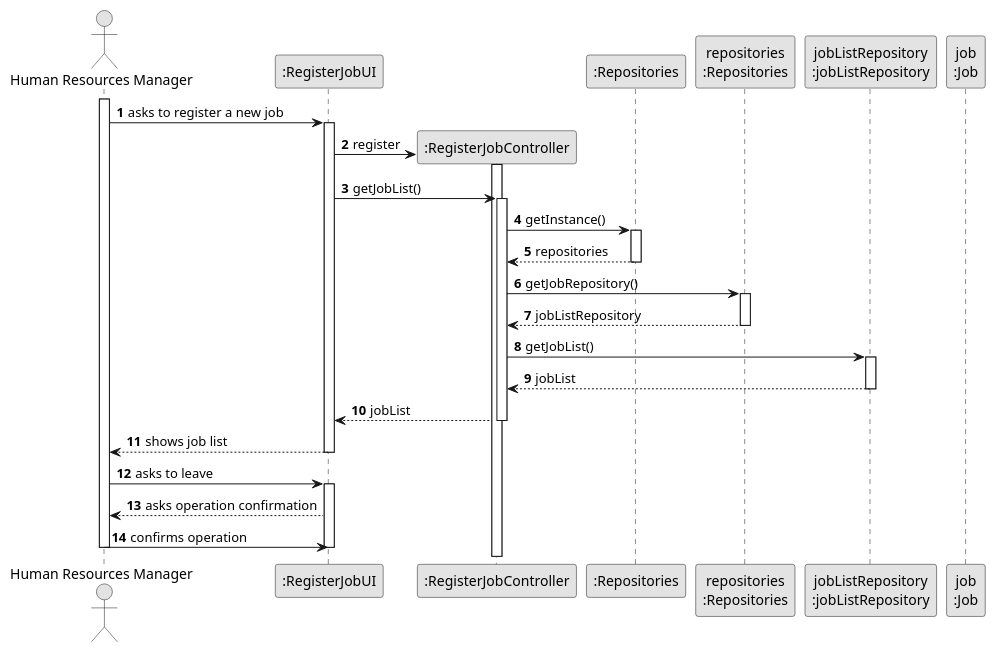
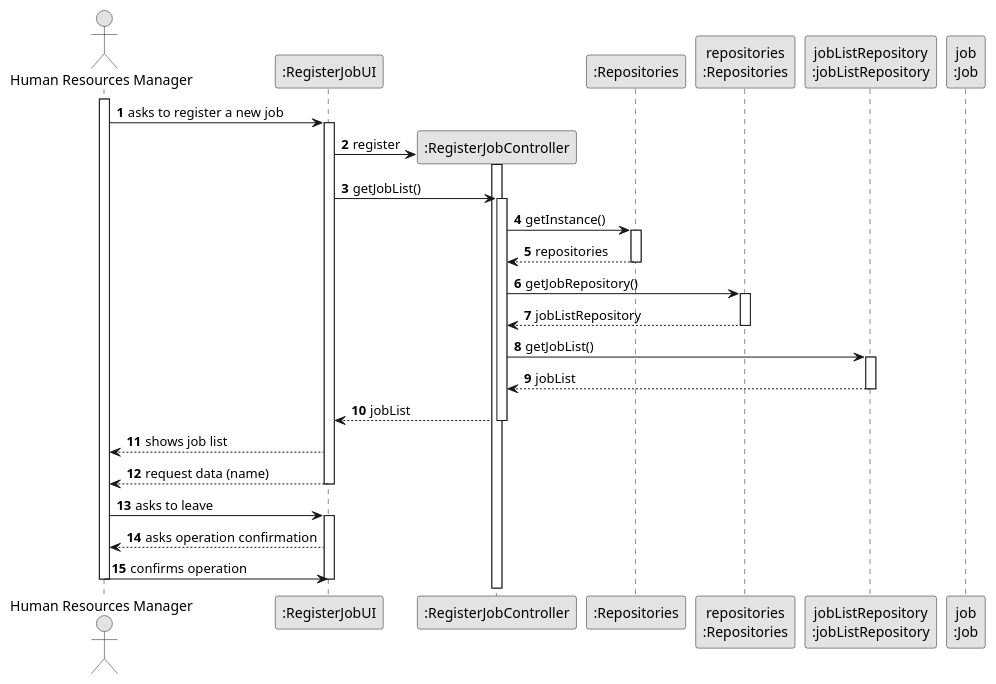
Before and after one commit to SAEmanuel/Green_Spaces_Management_ISEP: the diagram in docs/sprintB/us002/03.design/puml/us002-sequence-diagram-full_v2.puml, drawn with PlantUML. The commit also changed 3 other files, not shown here.

```diff
--- a/docs/sprintB/us002/03.design/puml/us002-sequence-diagram-full_v2.puml
+++ b/docs/sprintB/us002/03.design/puml/us002-sequence-diagram-full_v2.puml
@@ -1,63 +1,64 @@
 @startuml
 skinparam monochrome true
 skinparam packageStyle rectangle
 skinparam shadowing false
 
 autonumber
 
 'hide footbox
 actor "Human Resources Manager" as HRM
 participant ":RegisterJobUI" as UI
 participant ":RegisterJobController" as CTRL
 participant ":Repositories" as RepositorySingleton
 participant "repositories\n:Repositories" as PLAT
 participant "jobListRepository\n:jobListRepository" as jobRepository
 participant "job\n:Job" as EMPREGO
 
 activate HRM
 
 HRM -> UI : asks to register a new job
 activate UI
 
 UI -> CTRL** : register
 activate CTRL
 
 UI -> CTRL : getJobList()
 activate CTRL
 
 CTRL -> RepositorySingleton : getInstance()
 activate RepositorySingleton
 
 RepositorySingleton --> CTRL: repositories
 deactivate RepositorySingleton
 
 CTRL -> PLAT : getJobRepository()
 activate PLAT
 
 PLAT --> CTRL: jobListRepository
 deactivate PLAT
 
 CTRL -> jobRepository : getJobList()
 activate jobRepository
 
 jobRepository --> CTRL : jobList
 deactivate jobRepository
 
 CTRL --> UI : jobList
 deactivate CTRL
 
 UI --> HRM : shows job list
+UI --> HRM :  request data (name)
 deactivate UI
 
 HRM -> UI : asks to leave
 activate UI
 
 UI --> HRM : asks operation confirmation
 
 
 HRM -> UI : confirms operation
 deactivate UI
 
 deactivate HRM
 
 @enduml
```
